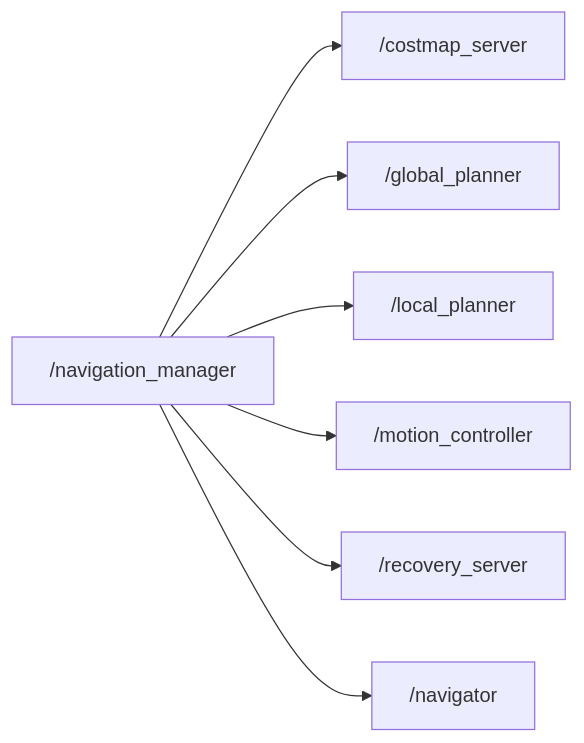
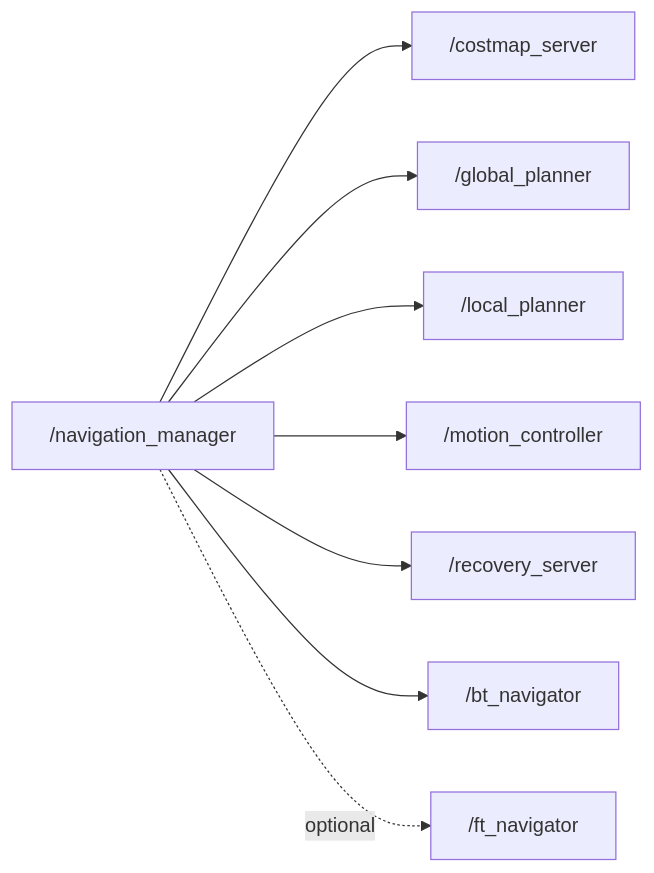
Before and after one commit to reidlo5135/ros-amr-navigation: the fourth of 4 diagrams in DIAGRAMS.md, drawn with Mermaid. The commit also changed other lines of this file and 32 other files, not shown here.

Commit message:
Add frontier navigator unknown-goal navigation

````diff
--- a/DIAGRAMS.md
+++ b/DIAGRAMS.md
@@ -90,9 +90,10 @@
 ```mermaid
 flowchart LR
     Manager["/navigation_manager"] --> Costmap["/costmap_server"]
     Manager --> Global["/global_planner"]
     Manager --> Local["/local_planner"]
     Manager --> Motion["/motion_controller"]
     Manager --> Recovery["/recovery_server"]
-    Manager --> Navigator["/navigator"]
+    Manager --> Navigator["/bt_navigator"]
+    Manager -. optional .-> Frontier["/ft_navigator"]
 ```
````
